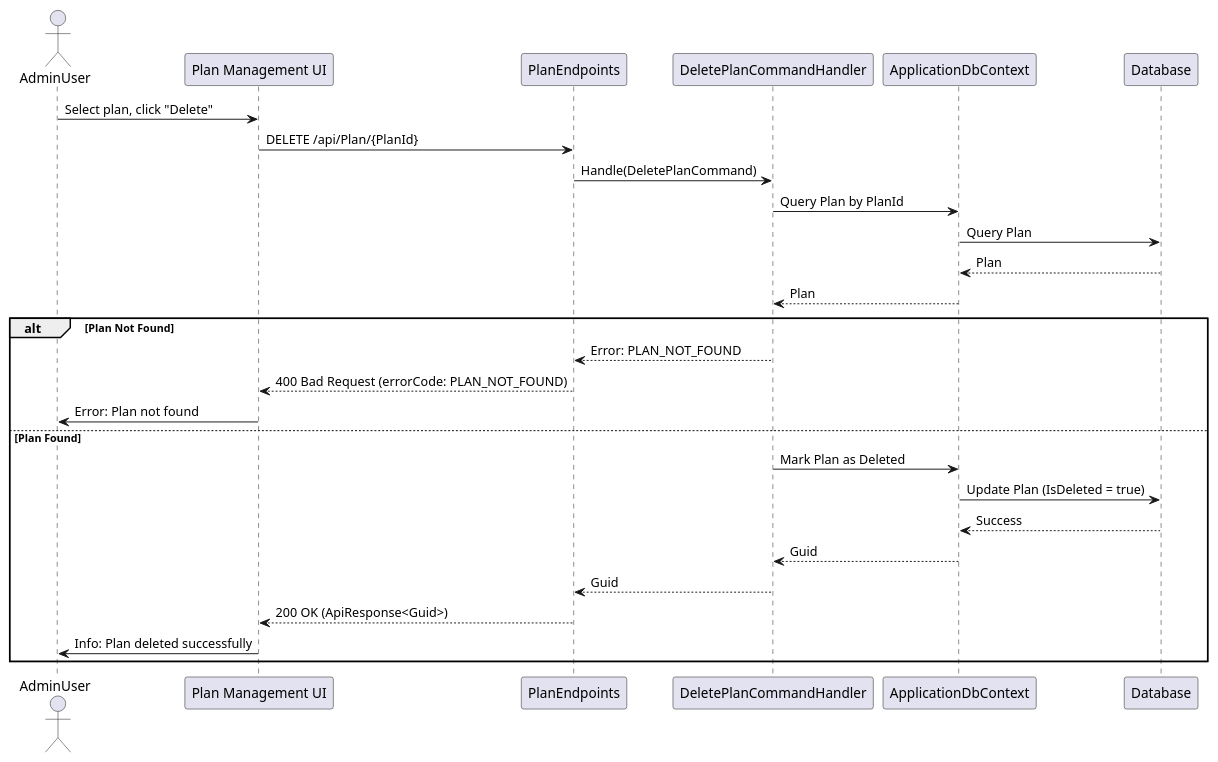
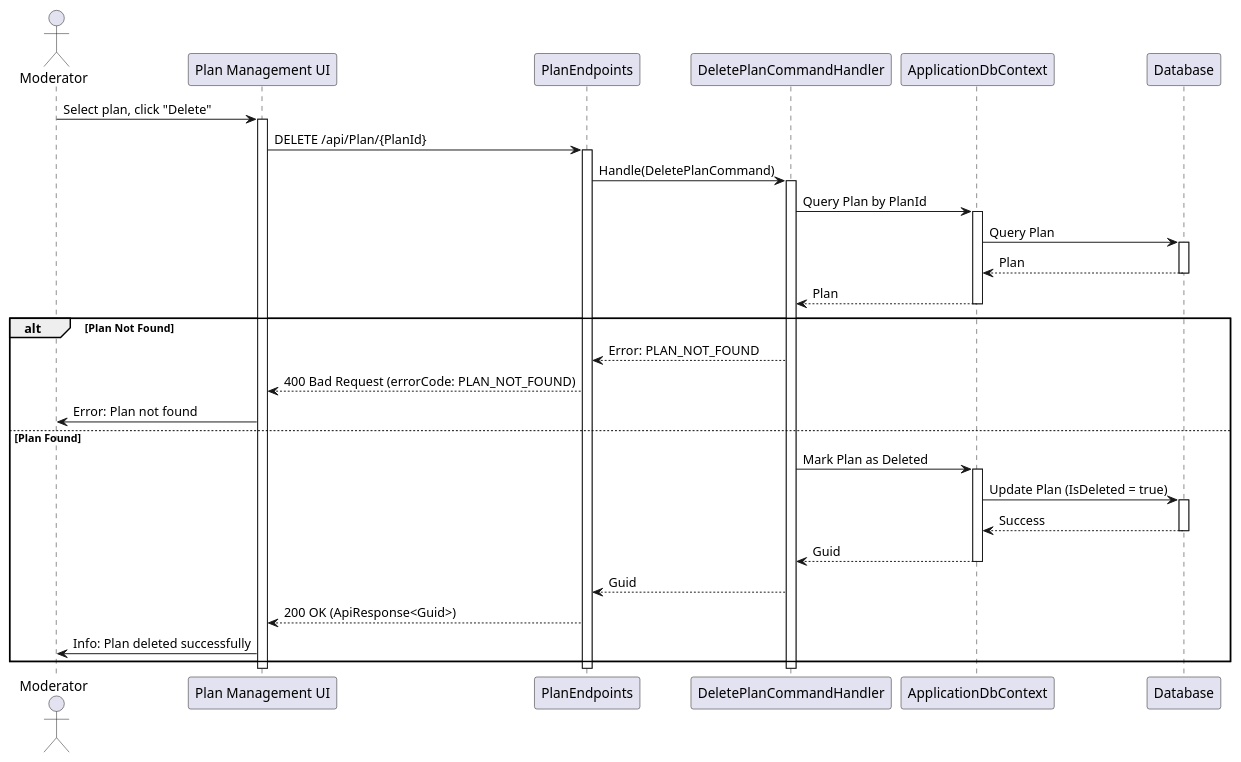
The diagram in Plans/Sequence/DeletePlanCommand.puml (thanhkhac/SEP_Diagram), drawn with PlantUML before and after one commit. The commit also changed 52 other files, not shown here.

Commit message:
Add UI activation/deactivation to sequence diagrams

```diff
--- a/Plans/Sequence/DeletePlanCommand.puml
+++ b/Plans/Sequence/DeletePlanCommand.puml
@@ -1,29 +1,43 @@
 @startuml
-actor AdminUser
+actor Moderator
 participant "Plan Management UI" as UI
 participant PlanEndpoints
 participant DeletePlanCommandHandler as Handler
 participant ApplicationDbContext
 participant Database
 
-AdminUser -> UI : Select plan, click "Delete"
+Moderator -> UI : Select plan, click "Delete"
+activate UI
 UI -> PlanEndpoints : DELETE /api/Plan/{PlanId}
+activate PlanEndpoints
 PlanEndpoints -> Handler : Handle(DeletePlanCommand)
+activate Handler
 Handler -> ApplicationDbContext : Query Plan by PlanId
+activate ApplicationDbContext
 ApplicationDbContext -> Database : Query Plan
+activate Database
 Database --> ApplicationDbContext : Plan
+deactivate Database
 ApplicationDbContext --> Handler : Plan
+deactivate ApplicationDbContext
 alt Plan Not Found
     Handler --> PlanEndpoints : Error: PLAN_NOT_FOUND
     PlanEndpoints --> UI : 400 Bad Request (errorCode: PLAN_NOT_FOUND)
-    UI -> AdminUser : Error: Plan not found
+    UI -> Moderator : Error: Plan not found
 else Plan Found
     Handler -> ApplicationDbContext : Mark Plan as Deleted
+    activate ApplicationDbContext
     ApplicationDbContext -> Database : Update Plan (IsDeleted = true)
+    activate Database
     Database --> ApplicationDbContext : Success
+    deactivate Database
     ApplicationDbContext --> Handler : Guid
+    deactivate ApplicationDbContext
     Handler --> PlanEndpoints : Guid
     PlanEndpoints --> UI : 200 OK (ApiResponse<Guid>)
-    UI -> AdminUser : Info: Plan deleted successfully
+    UI -> Moderator : Info: Plan deleted successfully
 end
+deactivate Handler
+deactivate PlanEndpoints
+deactivate UI
 @enduml
```
